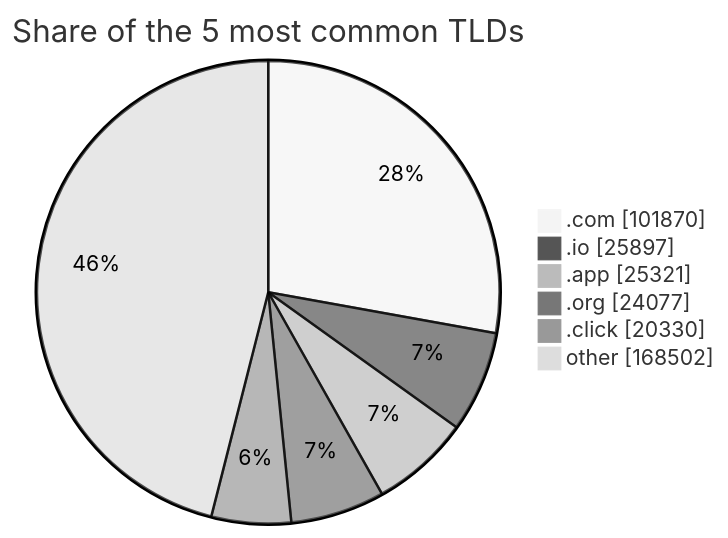
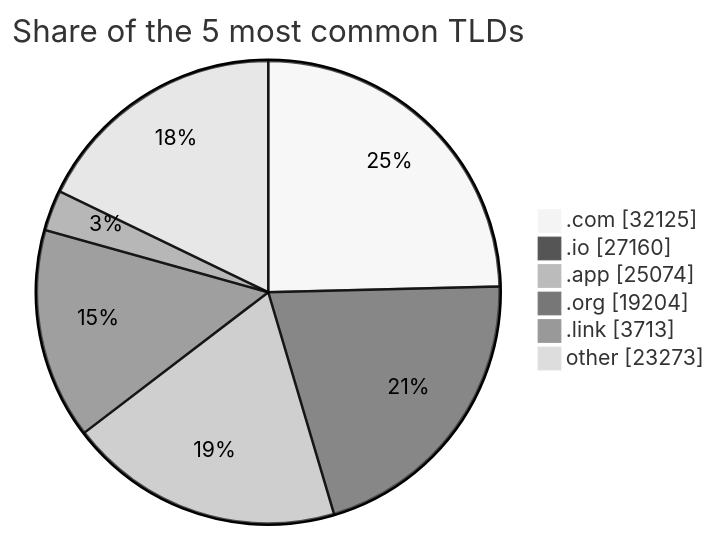
Before and after one commit to DNSBunker/CTI: the third of 3 diagrams in README.md, drawn with Mermaid (neutral theme). The commit also changed other lines of this file and 3 other files, not shown here.

````diff
--- a/README.md
+++ b/README.md
@@ -81,9 +81,9 @@
 ```mermaid
 pie showData title Share of the 5 most common TLDs
-    ".com" : 101870
-    ".io" : 25897
-    ".app" : 25321
-    ".org" : 24077
-    ".click" : 20330
-    "other" : 168502
+    ".com" : 32125
+    ".io" : 27160
+    ".app" : 25074
+    ".org" : 19204
+    ".link" : 3713
+    "other" : 23273
 ```
````
